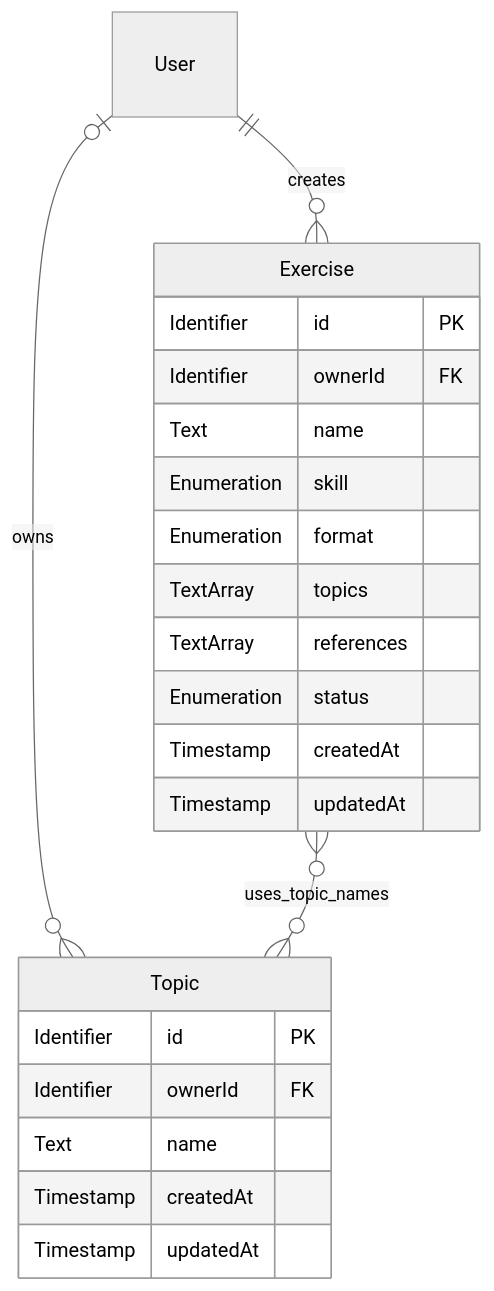
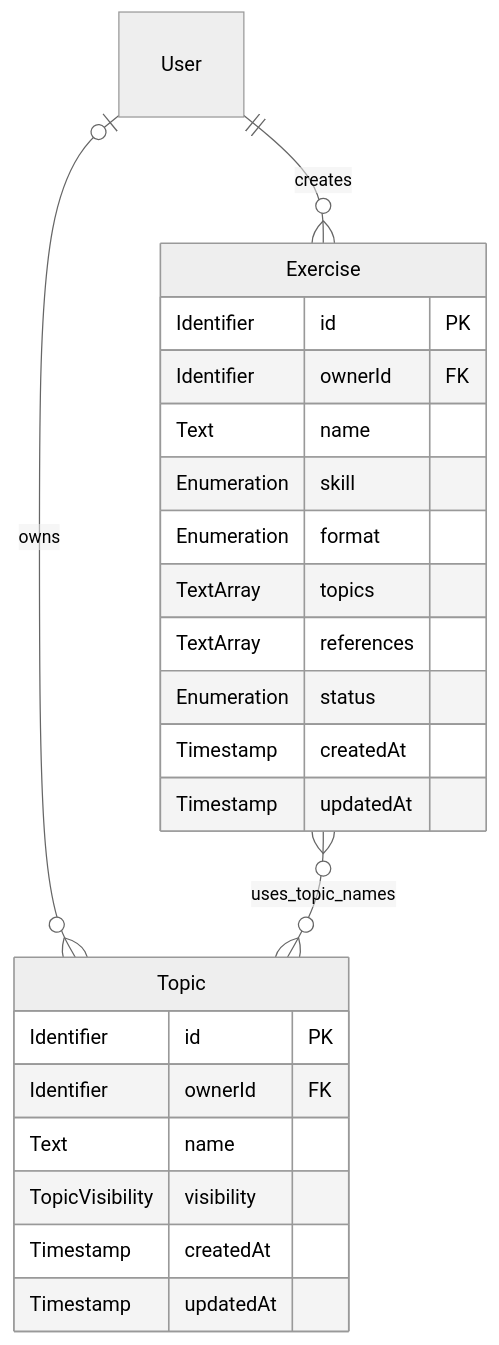
One commit to lamhq/fluento changed the diagram in docs/core/spec/data.md. Above: the diagram before and after it, drawn with Mermaid (neutral theme). The commit also changed other lines of this file and 14 other files, not shown here.

````diff
--- a/docs/core/spec/data.md
+++ b/docs/core/spec/data.md
@@ -19,27 +19,28 @@
 ```mermaid
 erDiagram
     User ||--o{ Exercise : creates
     User o|--o{ Topic : owns
     Exercise }o--o{ Topic : uses_topic_names
 
     Exercise {
         Identifier id PK
         Identifier ownerId FK
         Text name
         Enumeration skill
         Enumeration format
         TextArray topics
         TextArray references
         Enumeration status
         Timestamp createdAt
         Timestamp updatedAt
     }
 
     Topic {
         Identifier id PK
         Identifier ownerId FK
         Text name
+        TopicVisibility visibility
         Timestamp createdAt
         Timestamp updatedAt
     }
 ```
````
